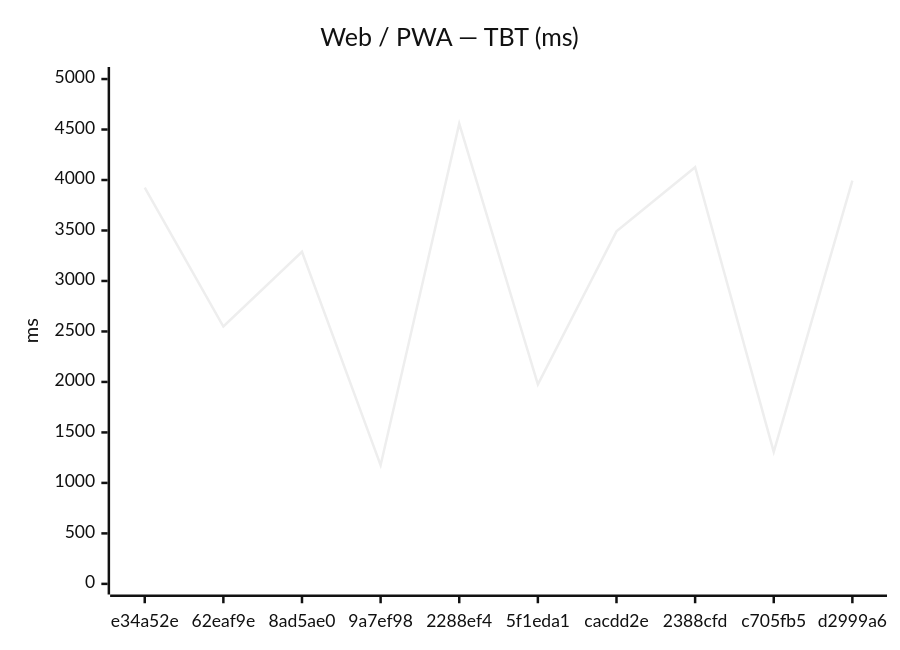
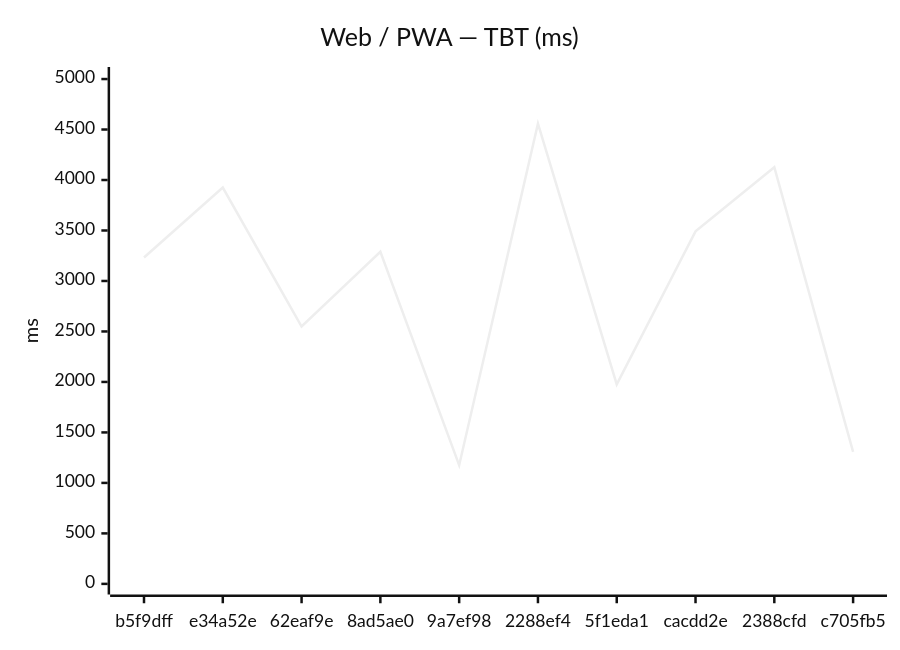
The second of 12 diagrams in benchmarks/compare.md (Metaheurist/Rianell), drawn with Mermaid (neutral theme) before and after one commit. The commit also changed other lines of this file and 8 other files, not shown here.

````diff
--- a/benchmarks/compare.md
+++ b/benchmarks/compare.md
@@ -31,7 +31,7 @@
 ```mermaid
 xychart-beta
     title "Web / PWA — TBT (ms)"
-    x-axis ["e34a52e", "62eaf9e", "8ad5ae0", "9a7ef98", "2288ef4", "5f1eda1", "cacdd2e", "2388cfd", "c705fb5", "d2999a6"]
+    x-axis ["b5f9dff", "e34a52e", "62eaf9e", "8ad5ae0", "9a7ef98", "2288ef4", "5f1eda1", "cacdd2e", "2388cfd", "c705fb5"]
     y-axis "ms" 0 --> 5014
-    line [3925, 2549, 3289, 1175, 4558, 1976, 3491, 4127, 1307, 3994]
+    line [3233, 3925, 2549, 3289, 1175, 4558, 1976, 3491, 4127, 1307]
 ```
````
